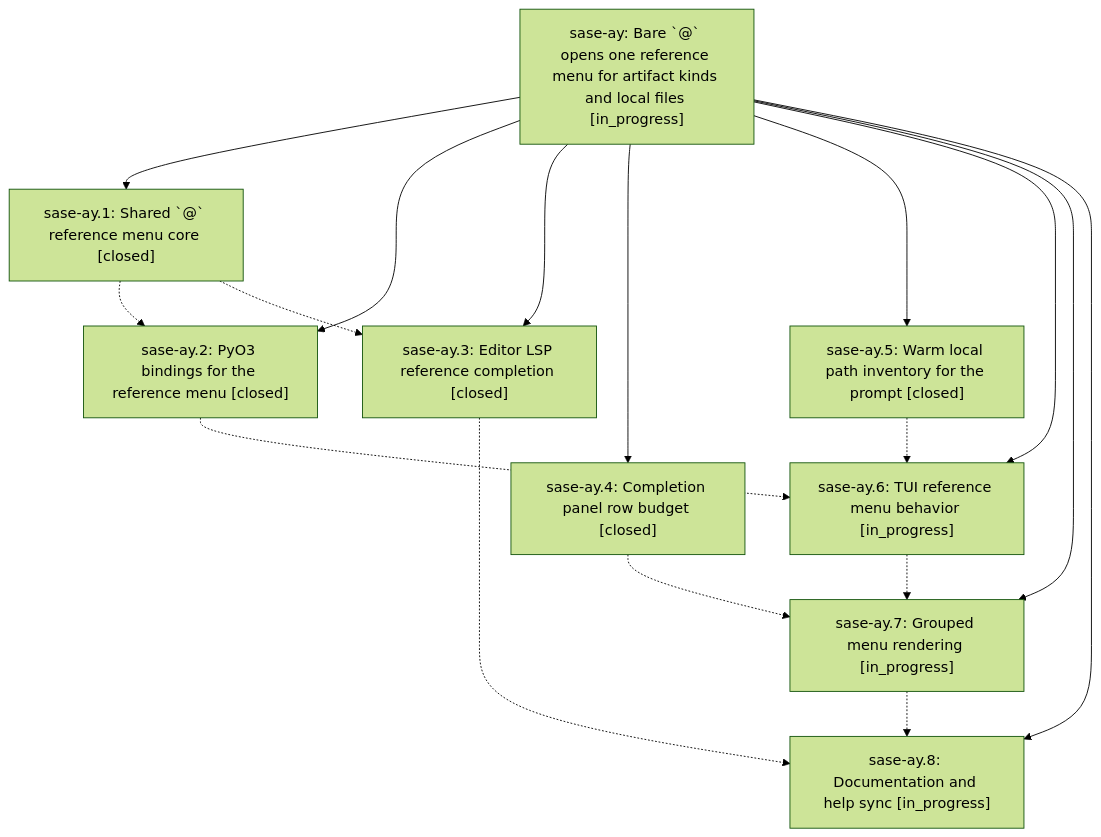
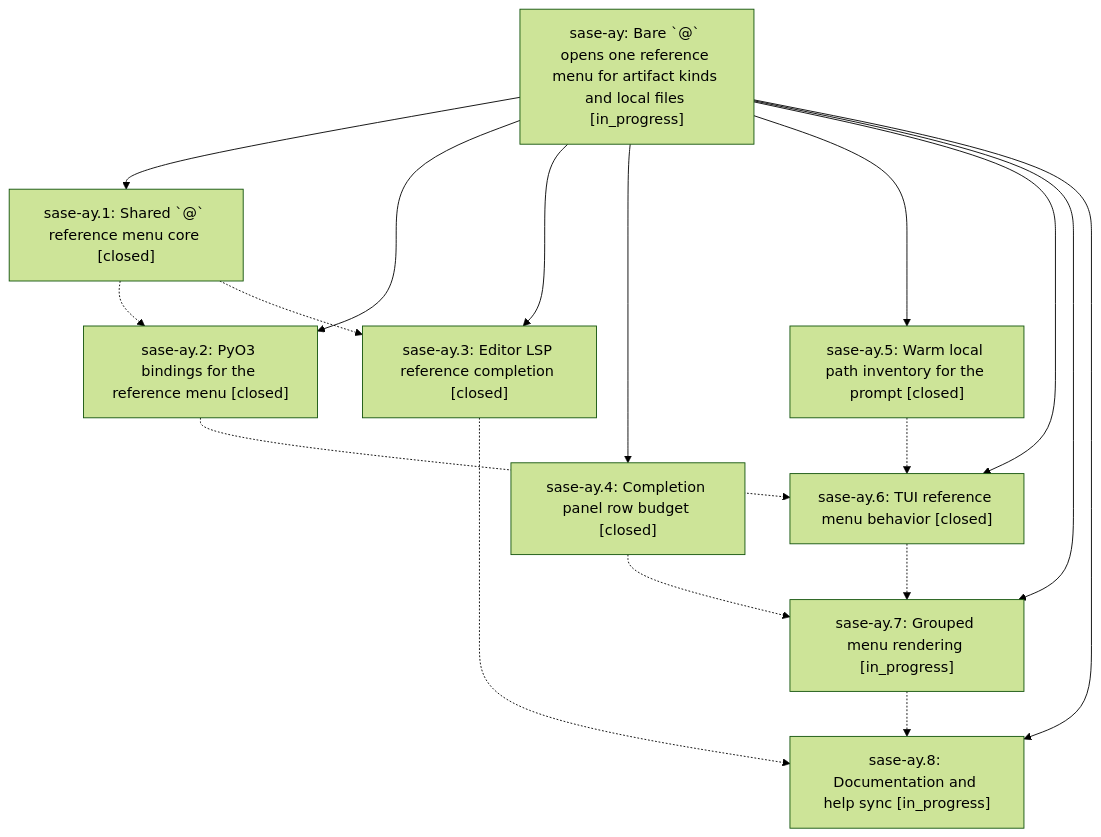
One commit to sase-org/sase--beads changed the diagram in pages/sase-ay/README.md. Above: the diagram before and after it, drawn with Mermaid (forest theme). The commit also changed other lines of this file and 8 other files, not shown here.

````diff
--- a/pages/sase-ay/README.md
+++ b/pages/sase-ay/README.md
@@ -29,28 +29,28 @@
 ```mermaid
 flowchart TD
     n0["sase-ay: Bare `@` opens one reference menu for artifact kinds and local files [in_progress]"]
     n1["sase-ay.1: Shared `@` reference menu core [closed]"]
     n2["sase-ay.2: PyO3 bindings for the reference menu [closed]"]
     n3["sase-ay.3: Editor LSP reference completion [closed]"]
     n4["sase-ay.4: Completion panel row budget [closed]"]
     n5["sase-ay.5: Warm local path inventory for the prompt [closed]"]
-    n6["sase-ay.6: TUI reference menu behavior [in_progress]"]
+    n6["sase-ay.6: TUI reference menu behavior [closed]"]
     n7["sase-ay.7: Grouped menu rendering [in_progress]"]
     n8["sase-ay.8: Documentation and help sync [in_progress]"]
     n0 --> n1
     n0 --> n2
     n0 --> n3
     n0 --> n4
     n0 --> n5
     n0 --> n6
     n0 --> n7
     n0 --> n8
     n1 -.-> n2
     n1 -.-> n3
     n2 -.-> n6
     n3 -.-> n8
     n4 -.-> n7
     n5 -.-> n6
     n6 -.-> n7
     n7 -.-> n8
 ```
````
